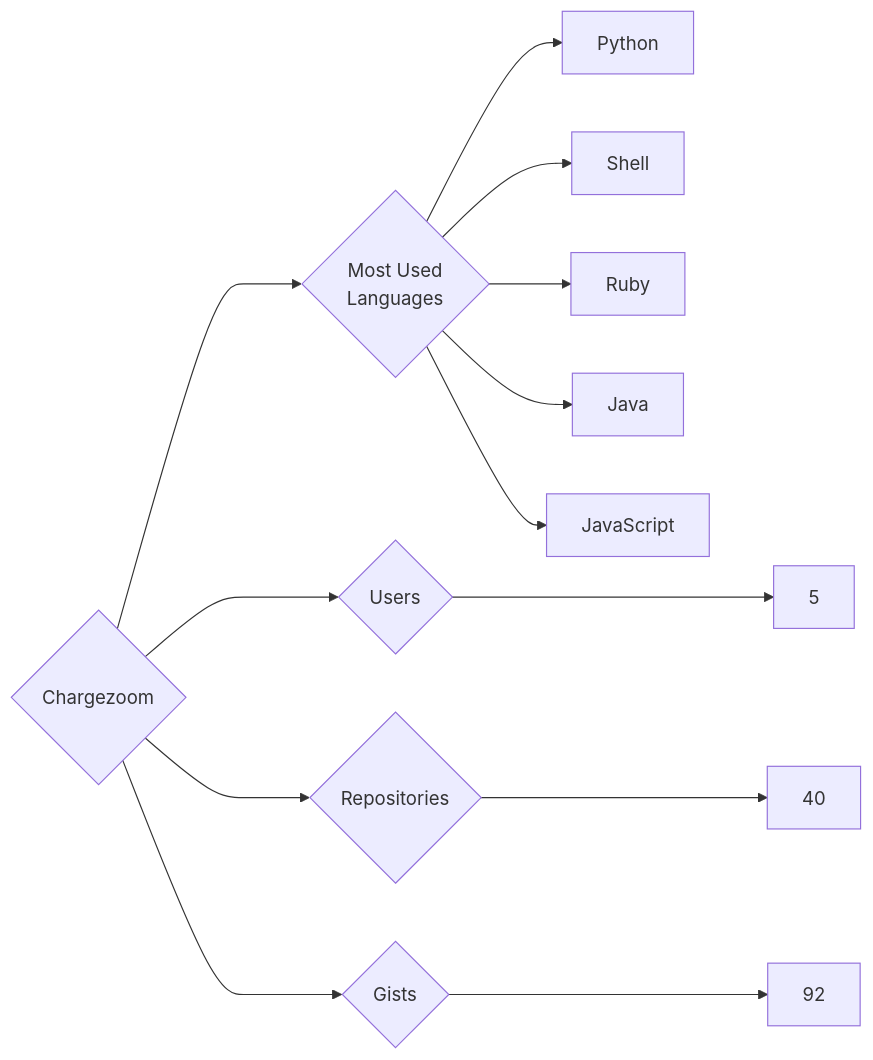
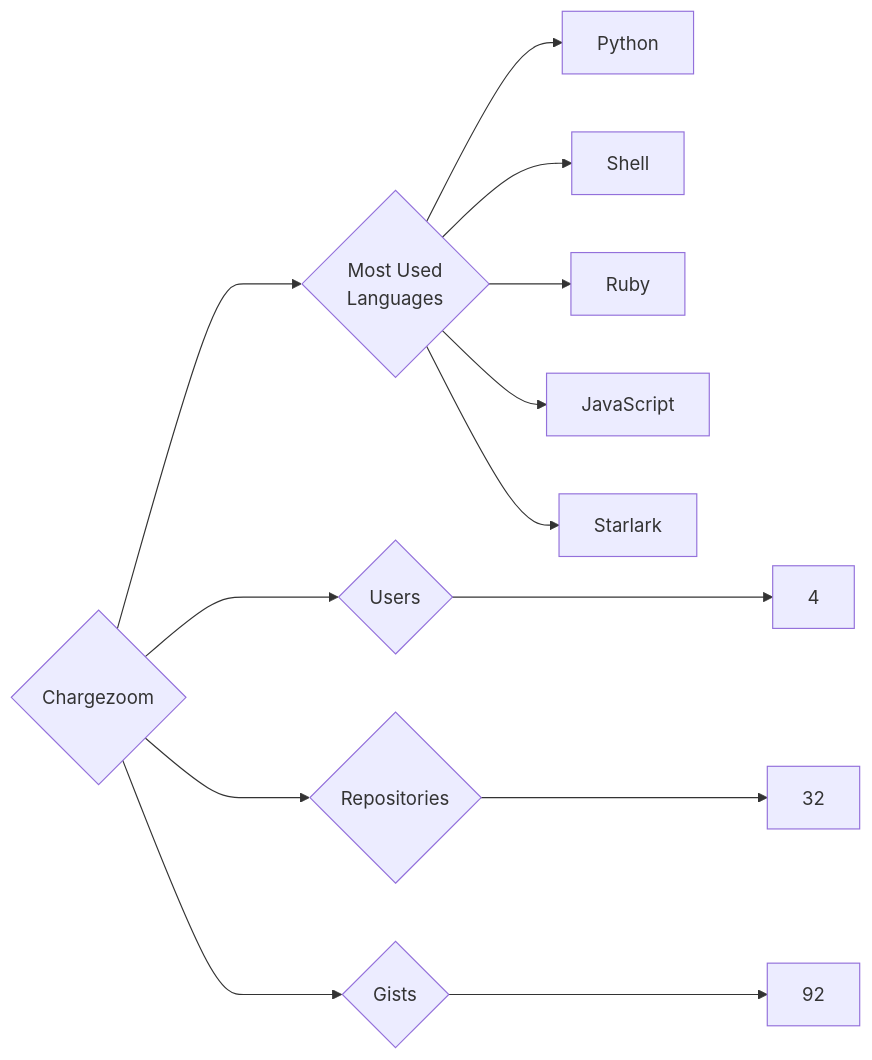
The diagram in targets/Chargezoom/README.md (trickest/insiders), drawn with Mermaid before and after one commit. The commit also changed 934 other files, not shown here.

````diff
--- a/targets/Chargezoom/README.md
+++ b/targets/Chargezoom/README.md
@@ -3,13 +3,13 @@
 ```mermaid
 graph LR
 COMPANY_NAME{Chargezoom}
-COMPANY_NAME ---> U{Users} ---> UN[5]
-COMPANY_NAME ---> R{Repositories} ---> RN[40]
+COMPANY_NAME ---> U{Users} ---> UN[4]
+COMPANY_NAME ---> R{Repositories} ---> RN[32]
 COMPANY_NAME ---> G{Gists} ---> GN[92]
 COMPANY_NAME ---> ML{Most Used<br>Languages}
 ML --> Python[Python]
 ML --> Shell[Shell]
 ML --> Ruby[Ruby]
-ML --> Java[Java]
 ML --> JavaScript[JavaScript]
+ML --> Starlark[Starlark]
 ```
````
